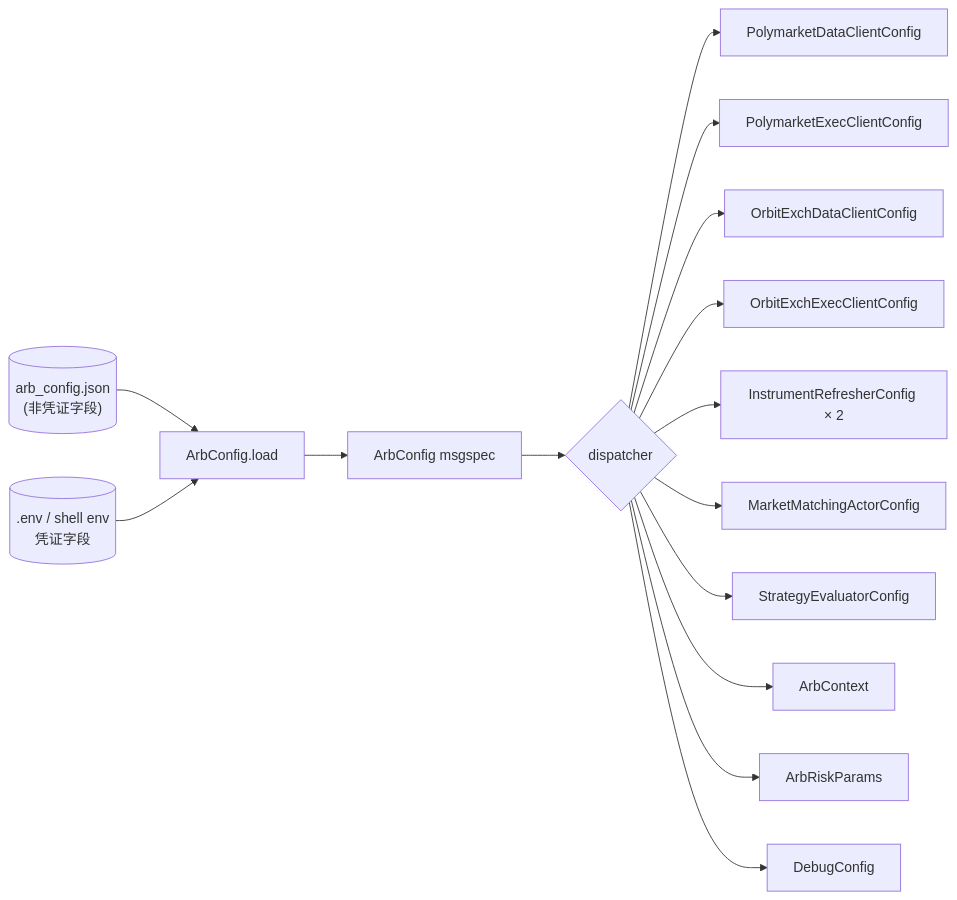
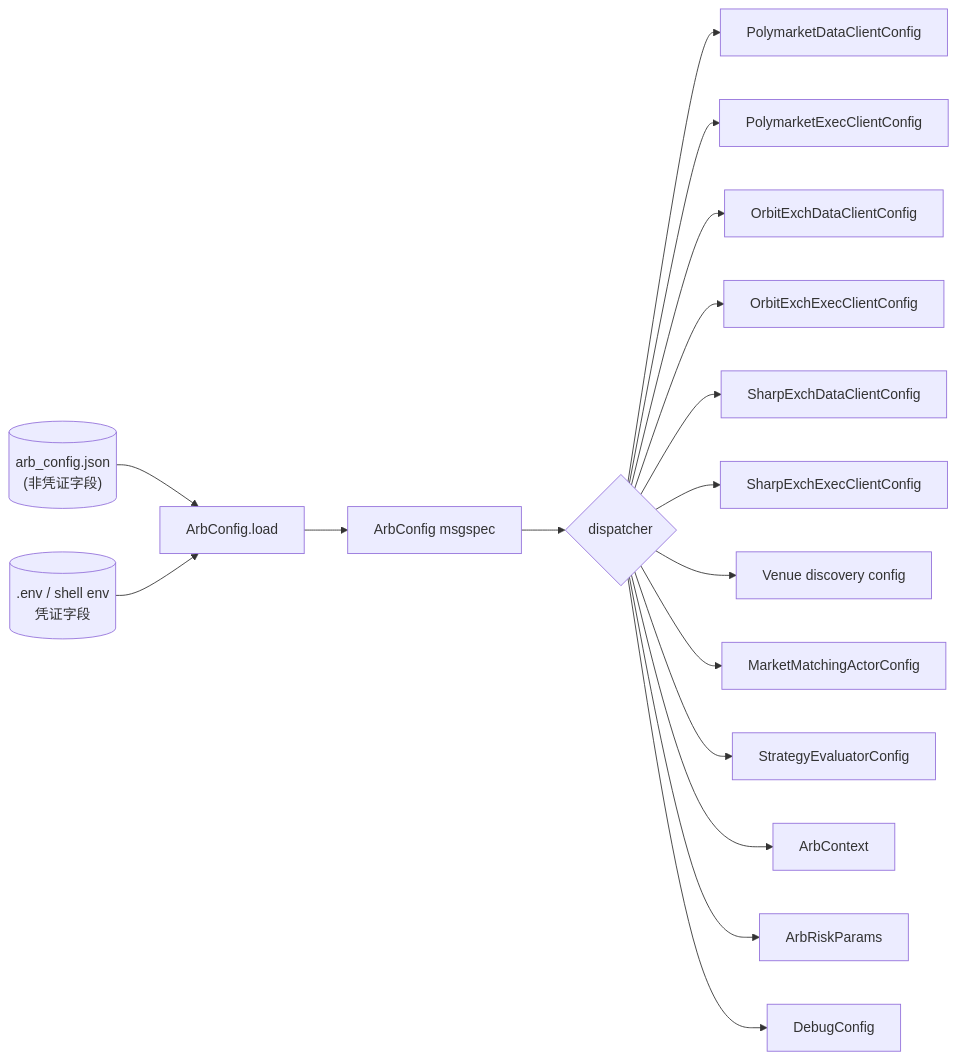
The diagram in docs/arbitrage/architectures/_cross-cutting/configuration.md (psnewer/nautilus_trader), drawn with Mermaid before and after one commit. The commit also changed other lines of this file and 75 other files, not shown here.

````diff
--- a/docs/arbitrage/architectures/_cross-cutting/configuration.md
+++ b/docs/arbitrage/architectures/_cross-cutting/configuration.md
@@ -12,17 +12,19 @@
 ```mermaid
 flowchart LR
   JSON[("arb_config.json\n(非凭证字段)")] --> L[ArbConfig.load]
   ENV[(.env / shell env\n凭证字段)] --> L
   L --> AC[ArbConfig msgspec]
   AC --> D{dispatcher}
   D --> CC1[PolymarketDataClientConfig]
   D --> CC2[PolymarketExecClientConfig]
   D --> CC3[OrbitExchDataClientConfig]
   D --> CC4[OrbitExchExecClientConfig]
-  D --> AC1[InstrumentRefresherConfig × 2]
+  D --> CC5[SharpExchDataClientConfig]
+  D --> CC6[SharpExchExecClientConfig]
+  D --> AC1[Venue discovery config]
   D --> AC2[MarketMatchingActorConfig]
   D --> AC3[StrategyEvaluatorConfig]
   D --> CTX[ArbContext]
   D --> RP[ArbRiskParams]
   D --> DC[DebugConfig]
 ```
````
